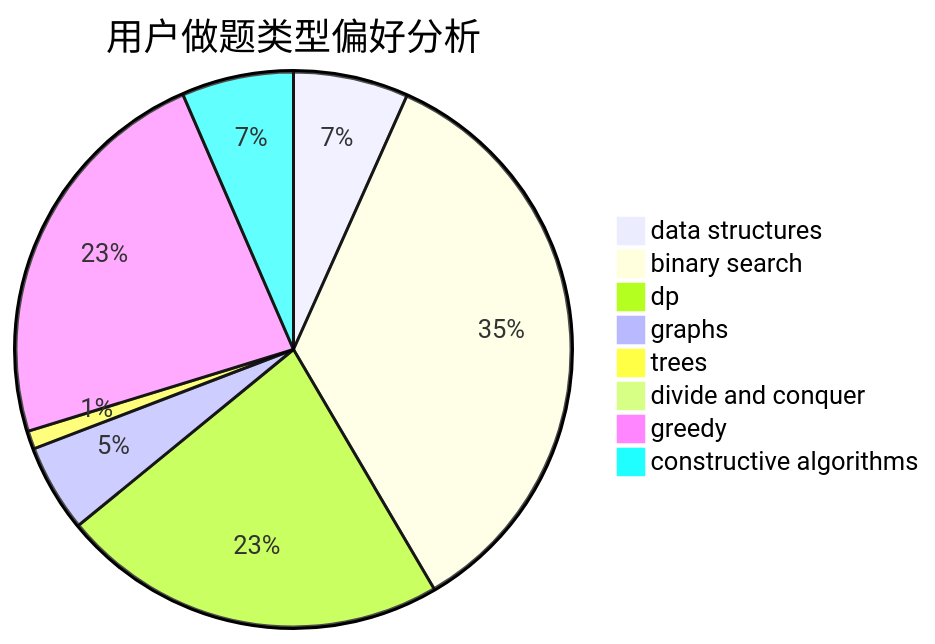
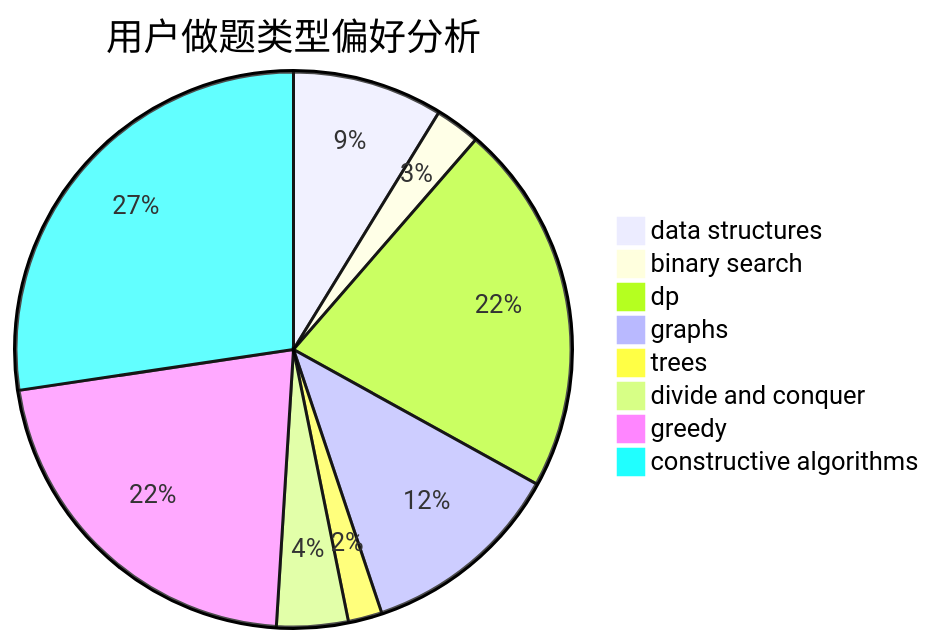
Before and after one commit to sherpahu/cfrs.github.io: the second of 3 diagrams in docs/user/u1444.md, drawn with Mermaid. The commit also changed other lines of this file and 2770 other files, not shown here.

````diff
--- a/docs/user/u1444.md
+++ b/docs/user/u1444.md
@@ -23,11 +23,11 @@
 ```mermaid
 pie title 用户做题类型偏好分析
-    "data structures" :  38
-    "binary search" :  198
-    "dp" :  128
-    "graphs" :  29
-    "trees" :  6
-    "divide and conquer" :  0
-    "greedy" :  132
-    "constructive algorithms" :  37
+    "data structures" :  40
+    "binary search" :  12
+    "dp" :  99
+    "graphs" :  54
+    "trees" :  9
+    "divide and conquer" :  19
+    "greedy" :  99
+    "constructive algorithms" :  125
 ```
````
